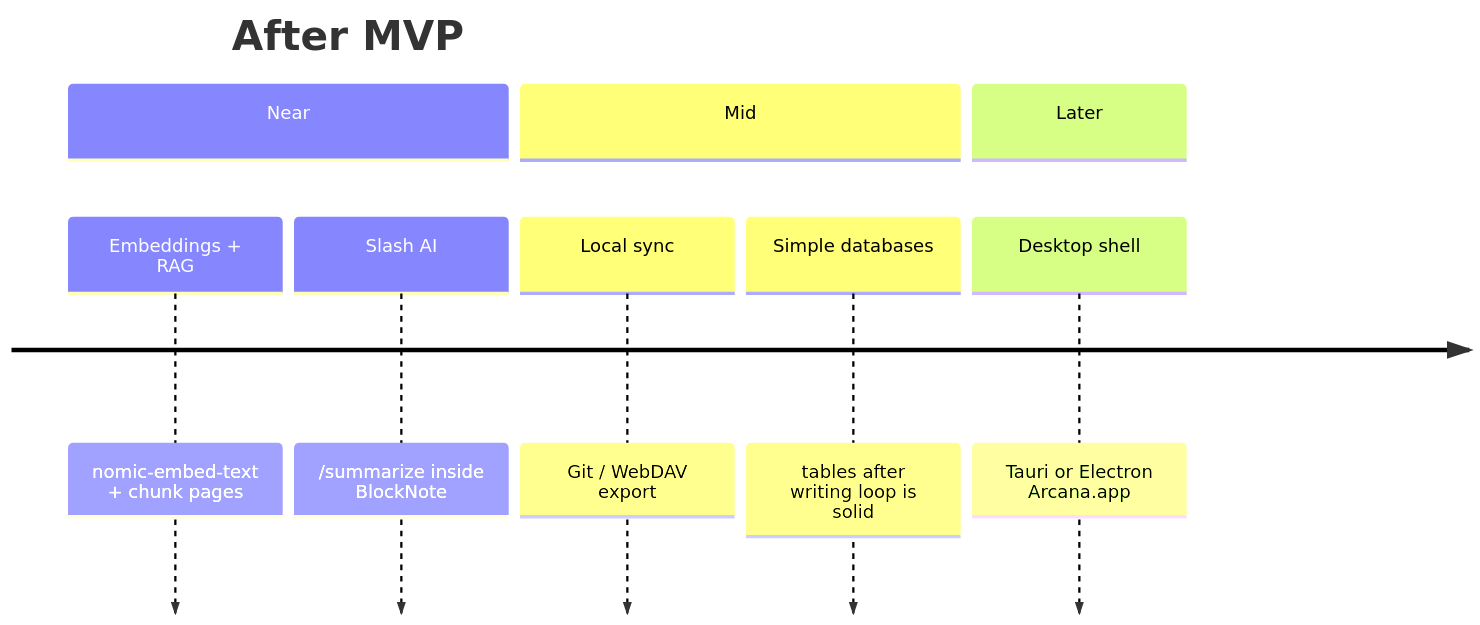
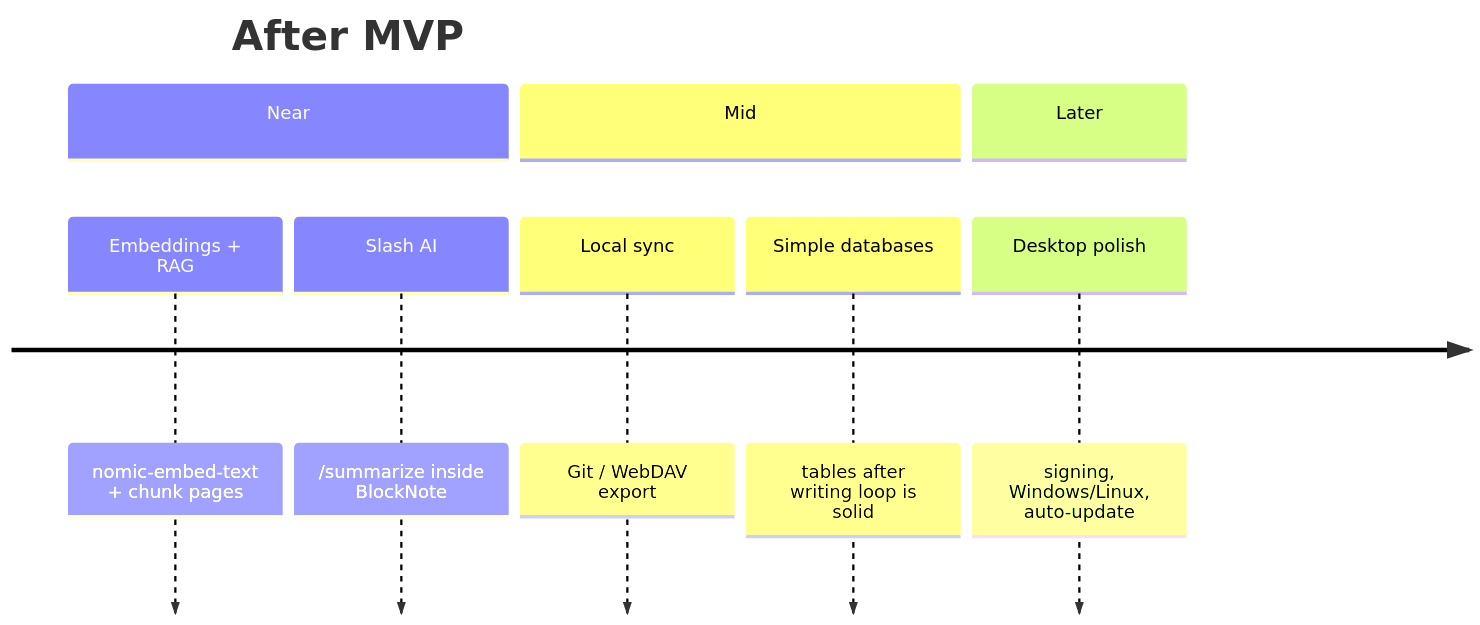
Diagram 15 of 15 in docs/ARCHITECTURE.md (Nick-Aurel/arcana), drawn with Mermaid before and after one commit. The commit also changed other lines of this file and 33 other files, not shown here.

First line of the commit message:
Add macOS desktop shell with Tauri sidecar packaging.

````diff
--- a/docs/ARCHITECTURE.md
+++ b/docs/ARCHITECTURE.md
@@ -381,12 +405,12 @@
 ```mermaid
 timeline
   title After MVP
   section Near
     Embeddings + RAG : nomic-embed-text + chunk pages
     Slash AI : /summarize inside BlockNote
   section Mid
     Local sync : Git / WebDAV export
     Simple databases : tables after writing loop is solid
   section Later
-    Desktop shell : Tauri or Electron Arcana.app
+    Desktop polish : signing, Windows/Linux, auto-update
 ```
````
